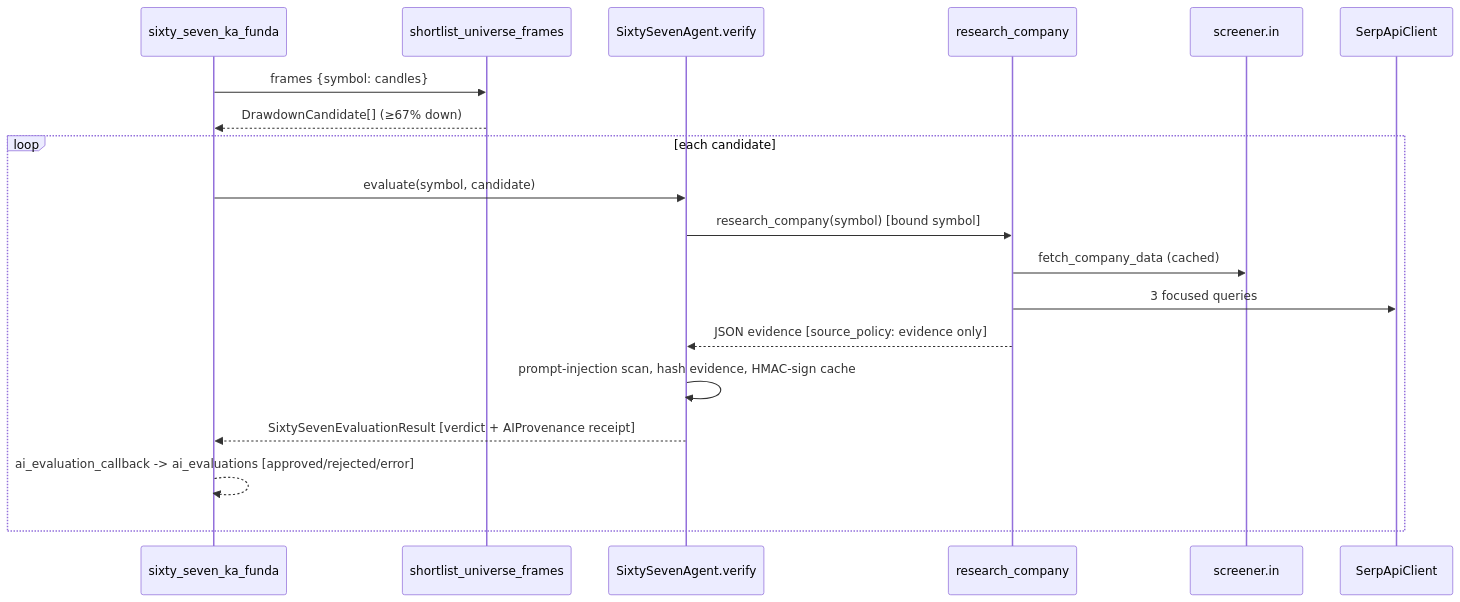
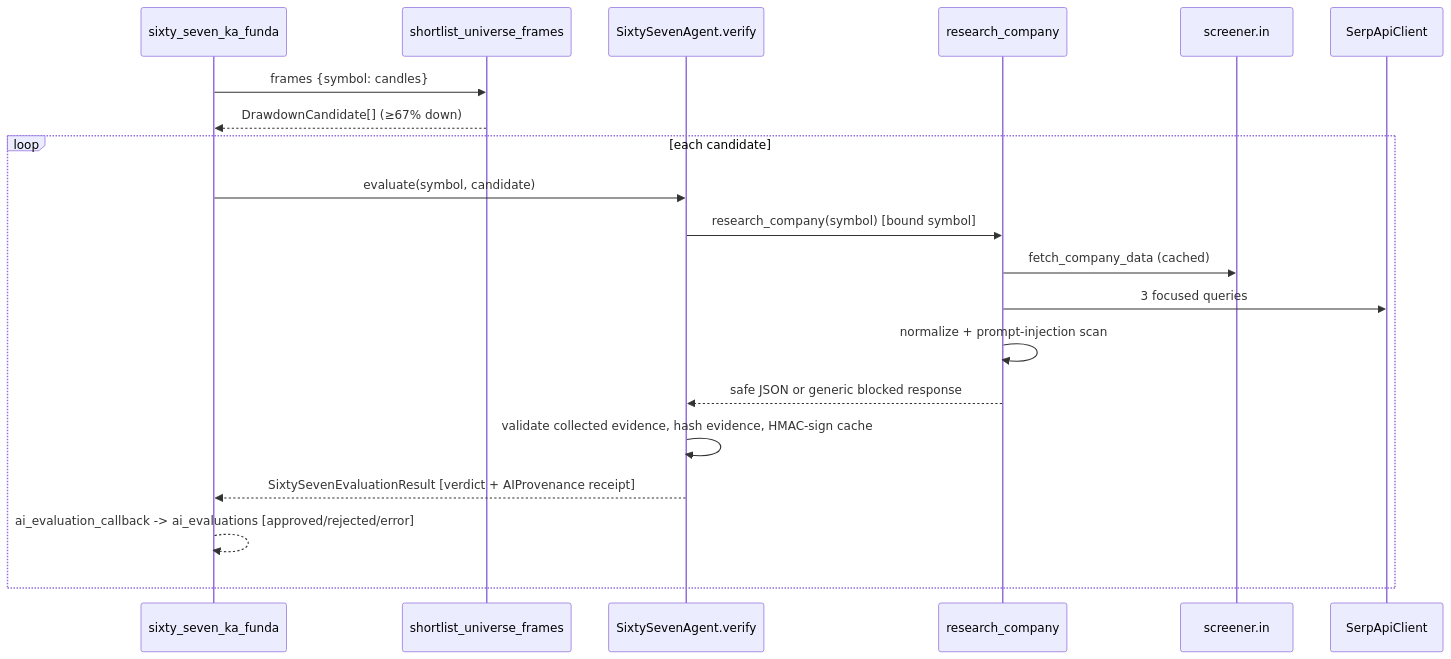
Before and after one commit to DoRmAmMu1997/Streamlit-Scanner-App: the diagram in docs/architecture/components/sixty-seven-ka-funda-ai.md, drawn with Mermaid. The commit also changed other lines of this file and 3 other files, not shown here.

````diff
--- a/docs/architecture/components/sixty-seven-ka-funda-ai.md
+++ b/docs/architecture/components/sixty-seven-ka-funda-ai.md
@@ -27,21 +27,22 @@
 ```mermaid
 sequenceDiagram
     participant Screener as sixty_seven_ka_funda
     participant Gate as shortlist_universe_frames
     participant Agent as SixtySevenAgent.verify
     participant Tool as research_company
     participant SI as screener.in
     participant Serp as SerpApiClient
     Screener->>Gate: frames {symbol: candles}
     Gate-->>Screener: DrawdownCandidate[] (≥67% down)
     loop each candidate
         Screener->>Agent: evaluate(symbol, candidate)
         Agent->>Tool: research_company(symbol) [bound symbol]
         Tool->>SI: fetch_company_data (cached)
         Tool->>Serp: 3 focused queries
-        Tool-->>Agent: JSON evidence [source_policy: evidence only]
-        Agent->>Agent: prompt-injection scan, hash evidence, HMAC-sign cache
+        Tool->>Tool: normalize + prompt-injection scan
+        Tool-->>Agent: safe JSON or generic blocked response
+        Agent->>Agent: validate collected evidence, hash evidence, HMAC-sign cache
         Agent-->>Screener: SixtySevenEvaluationResult [verdict + AIProvenance receipt]
         Screener-->>Screener: ai_evaluation_callback -> ai_evaluations [approved/rejected/error]
     end
 ```
````
